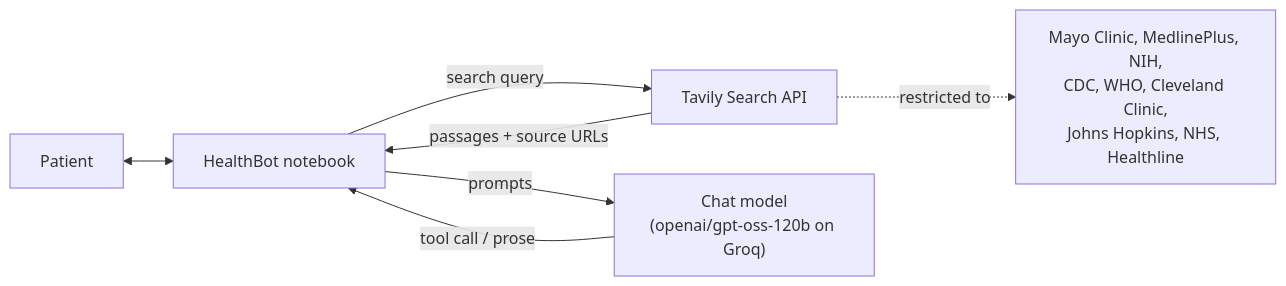
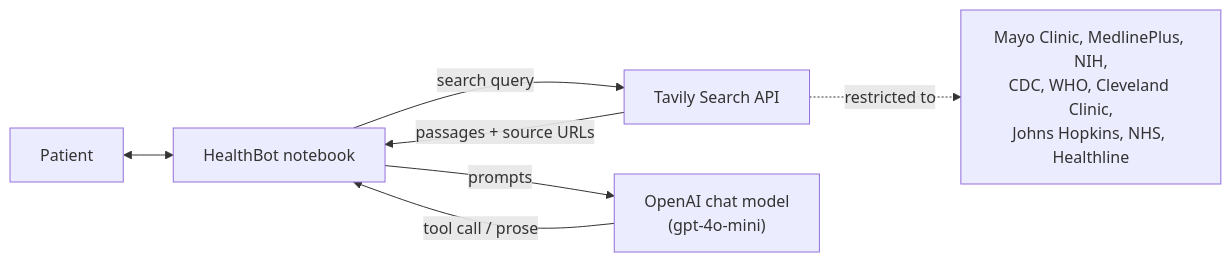
Before and after one commit to minianon/health_bot: the first of 3 diagrams in docs/HLD.md, drawn with Mermaid. The commit also changed other lines of this file and 5 other files, not shown here.

First line of the commit message:
Switch model provider to the OpenAI API

````diff
--- a/docs/HLD.md
+++ b/docs/HLD.md
@@ -40,9 +40,9 @@
 ```mermaid
 graph LR
     P["Patient"] <--> NB["HealthBot notebook"]
     NB -->|"search query"| TV["Tavily Search API"]
     TV -->|"passages + source URLs"| NB
-    NB -->|"prompts"| LLM["Chat model<br/>(openai/gpt-oss-120b on Groq)"]
+    NB -->|"prompts"| LLM["OpenAI chat model<br/>(gpt-4o-mini)"]
     LLM -->|"tool call / prose"| NB
     TV -.->|"restricted to"| MED["Mayo Clinic, MedlinePlus, NIH,<br/>CDC, WHO, Cleveland Clinic,<br/>Johns Hopkins, NHS, Healthline"]
 ```
````
